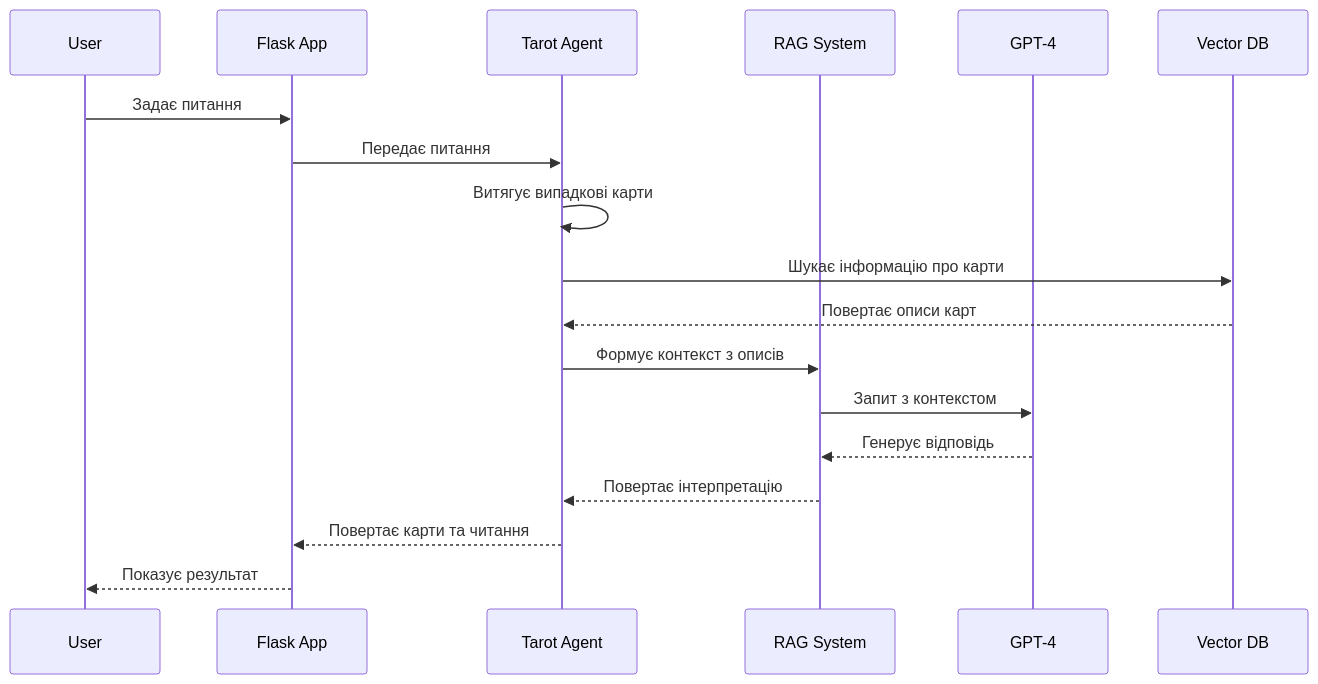
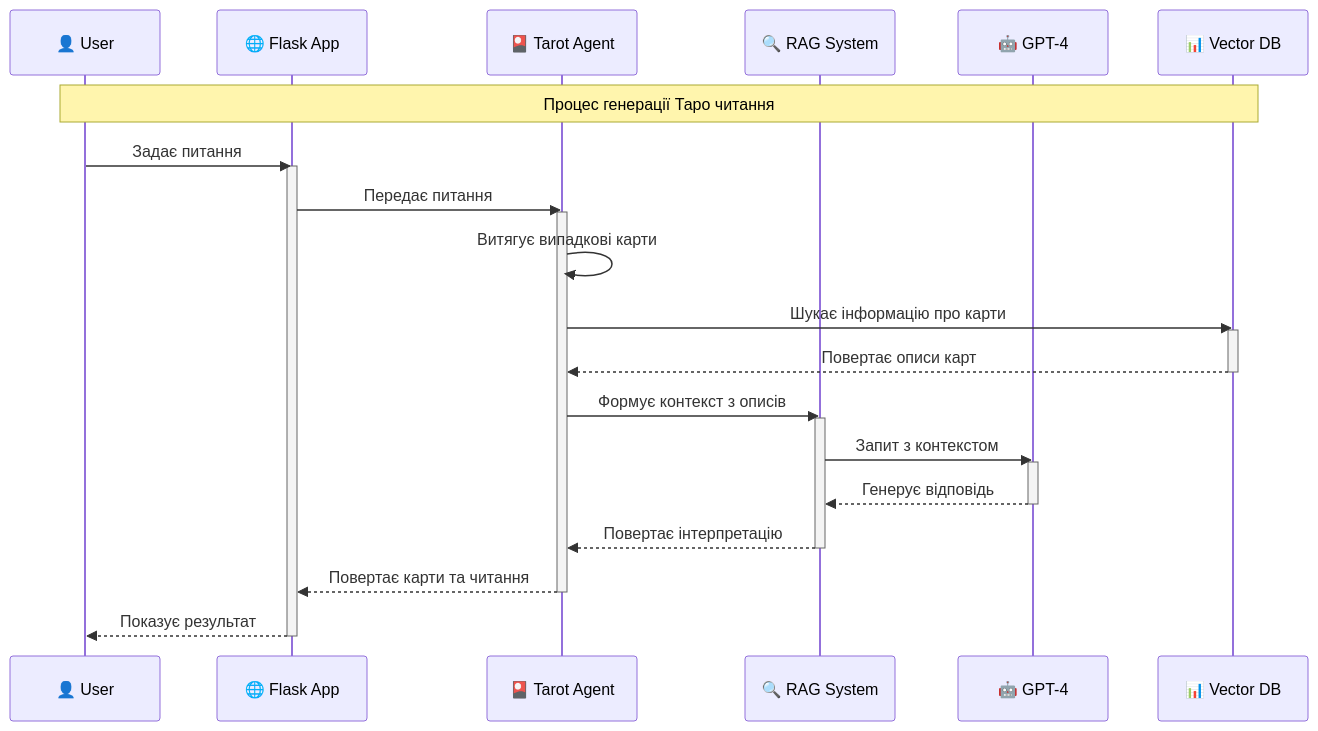
Before and after one commit to igorgorovoy/fwdays-hackaton-ai-agent-risk-assessment-system: the second of 7 diagrams in README.md, drawn with Mermaid. The commit also changed other lines of this file, not shown here.

Commit message:
add arch , hld. make more readable diagrams

````diff
--- a/README.md
+++ b/README.md
@@ -56,21 +67,36 @@
 ```mermaid
 sequenceDiagram
-    participant User
-    participant Flask as Flask App
-    participant Agent as Tarot Agent
-    participant RAG as RAG System
-    participant LLM as GPT-4
-    participant DB as Vector DB
+    participant User as 👤 User
+    participant Flask as 🌐 Flask App
+    participant Agent as 🎴 Tarot Agent
+    participant RAG as 🔍 RAG System
+    participant LLM as 🤖 GPT-4
+    participant DB as 📊 Vector DB
+
+    Note over User,DB: Процес генерації Таро читання
 
     User->>Flask: Задає питання
+    activate Flask
     Flask->>Agent: Передає питання
+    activate Agent
+    
     Agent->>Agent: Витягує випадкові карти
     Agent->>DB: Шукає інформацію про карти
+    activate DB
     DB-->>Agent: Повертає описи карт
+    deactivate DB
+    
     Agent->>RAG: Формує контекст з описів
+    activate RAG
     RAG->>LLM: Запит з контекстом
+    activate LLM
     LLM-->>RAG: Генерує відповідь
+    deactivate LLM
     RAG-->>Agent: Повертає інтерпретацію
+    deactivate RAG
+    
     Agent-->>Flask: Повертає карти та читання
+    deactivate Agent
     Flask-->>User: Показує результат
+    deactivate Flask
 ```
````
